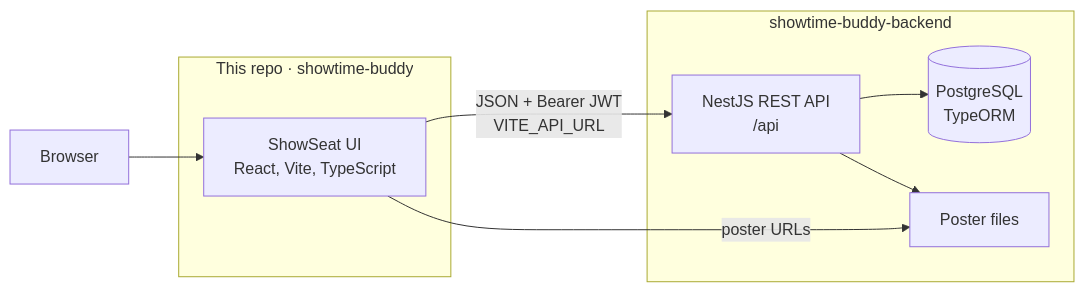
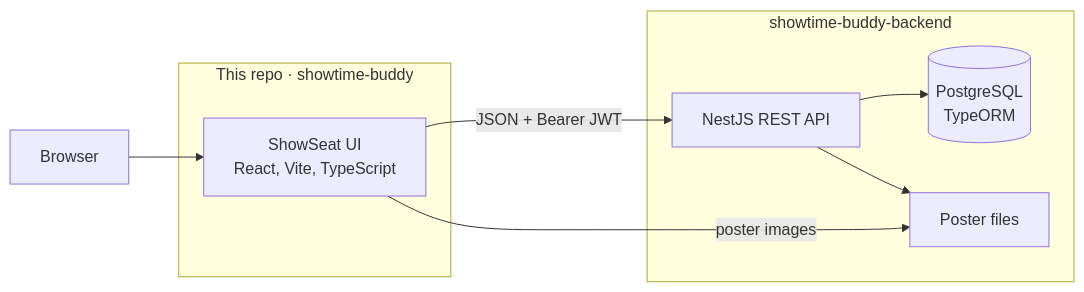
The diagram in README.md (maarijwaseem2/showtime-buddy), drawn with Mermaid before and after one commit. The commit also changed other lines of this file and 7 other files, not shown here.

````diff
--- a/README.md
+++ b/README.md
@@ -62,18 +56,18 @@
 ```mermaid
 flowchart LR
   subgraph client ["This repo · showtime-buddy"]
     UI["ShowSeat UI<br/>React, Vite, TypeScript"]
   end
 
   subgraph api ["showtime-buddy-backend"]
-    Nest["NestJS REST API<br/>/api"]
+    Nest["NestJS REST API"]
     DB[("PostgreSQL<br/>TypeORM")]
     Media["Poster files"]
   end
 
   Browser["Browser"] --> UI
-  UI -->|"JSON + Bearer JWT<br/>VITE_API_URL"| Nest
+  UI -->|"JSON + Bearer JWT"| Nest
   Nest --> DB
   Nest --> Media
-  UI -->|"poster URLs"| Media
+  UI -->|"poster images"| Media
 ```
````
